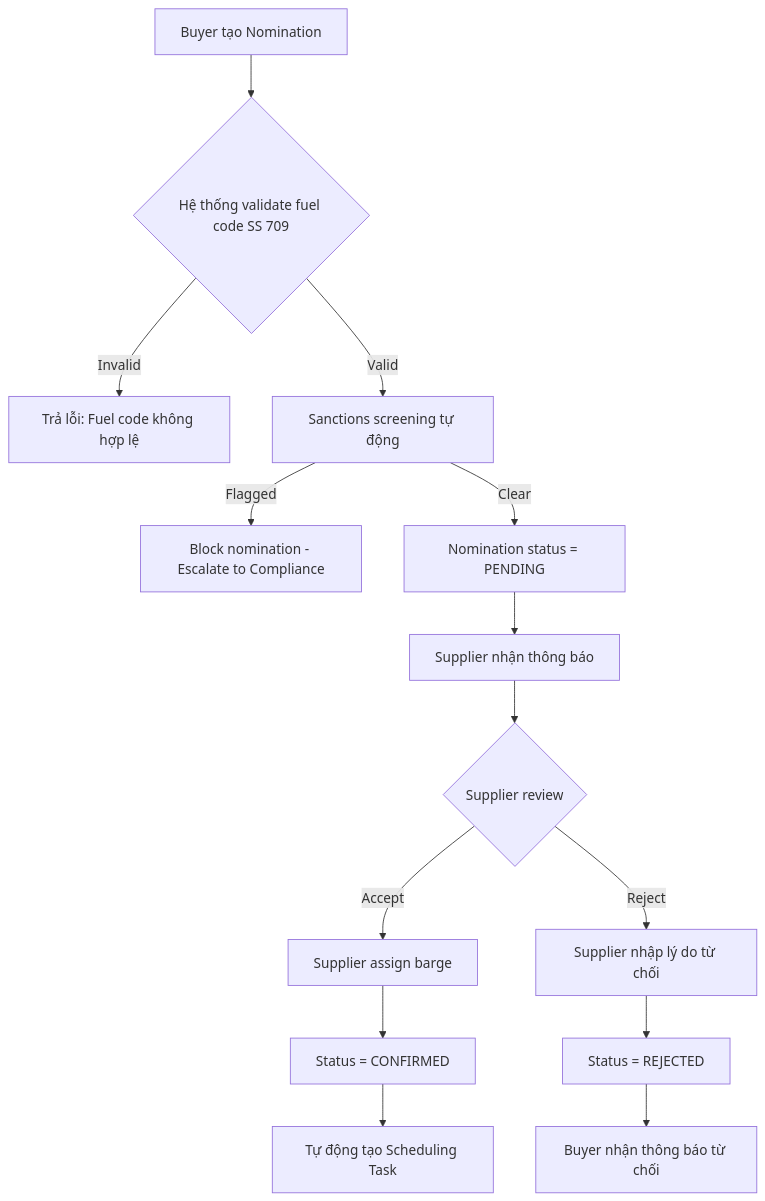
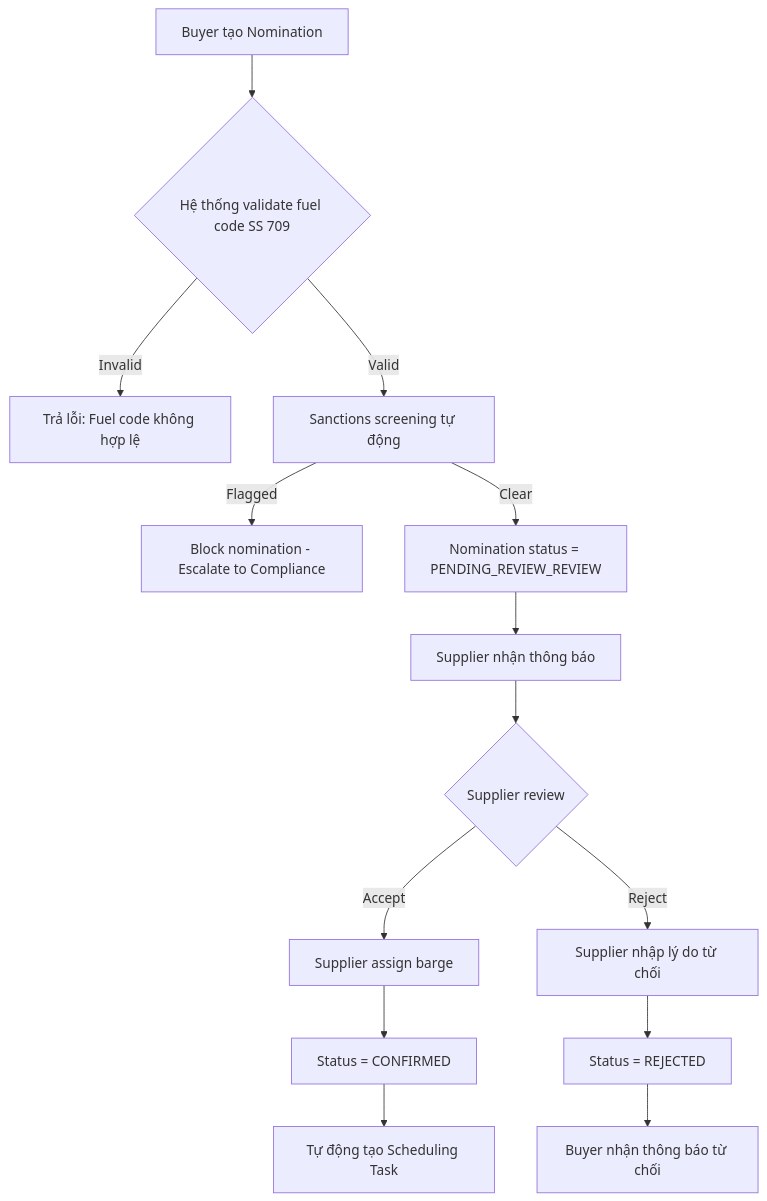
The first of 3 diagrams in plans/digital-bunkering-platform-260527-1430/03_modules/nomination/frd.md (TDFS-Dom/Maritime-Shipping-Industry), drawn with Mermaid before and after one commit. The commit also changed other lines of this file and 11 other files, not shown here.

````diff
--- a/plans/digital-bunkering-platform-260527-1430/03_modules/nomination/frd.md
+++ b/plans/digital-bunkering-platform-260527-1430/03_modules/nomination/frd.md
@@ -37,16 +37,16 @@
 ```mermaid
 flowchart TD
     A[Buyer tạo Nomination] --> B{Hệ thống validate fuel code SS 709}
     B -->|Invalid| C[Trả lỗi: Fuel code không hợp lệ]
     B -->|Valid| D[Sanctions screening tự động]
     D -->|Flagged| E[Block nomination - Escalate to Compliance]
-    D -->|Clear| F[Nomination status = PENDING]
+    D -->|Clear| F[Nomination status = PENDING_REVIEW_REVIEW]
     F --> G[Supplier nhận thông báo]
     G --> H{Supplier review}
     H -->|Accept| I[Supplier assign barge]
     I --> J[Status = CONFIRMED]
     J --> K[Tự động tạo Scheduling Task]
     H -->|Reject| L[Supplier nhập lý do từ chối]
     L --> M[Status = REJECTED]
     M --> N[Buyer nhận thông báo từ chối]
 ```
````
